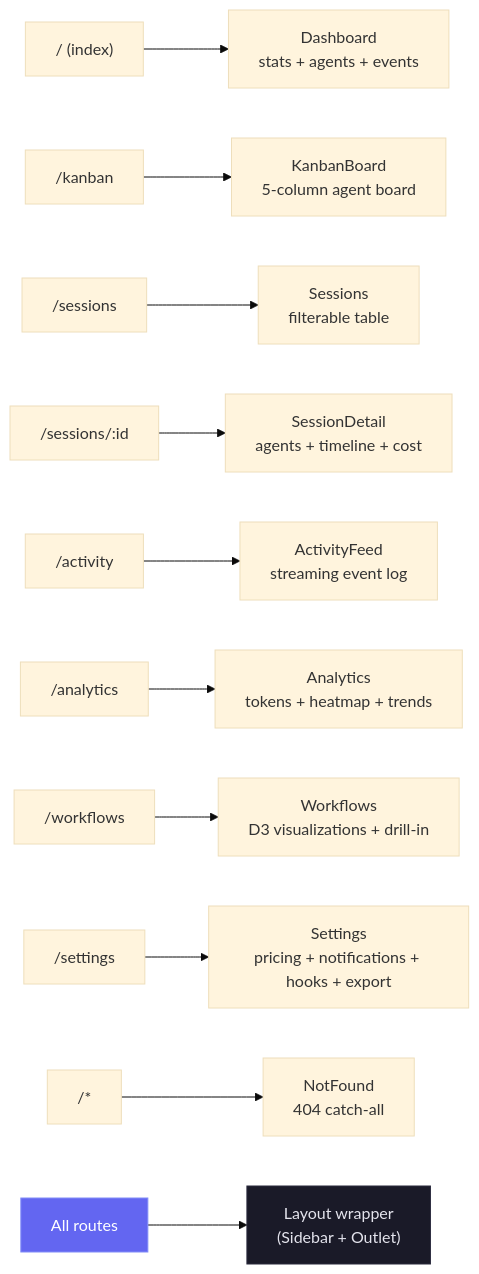
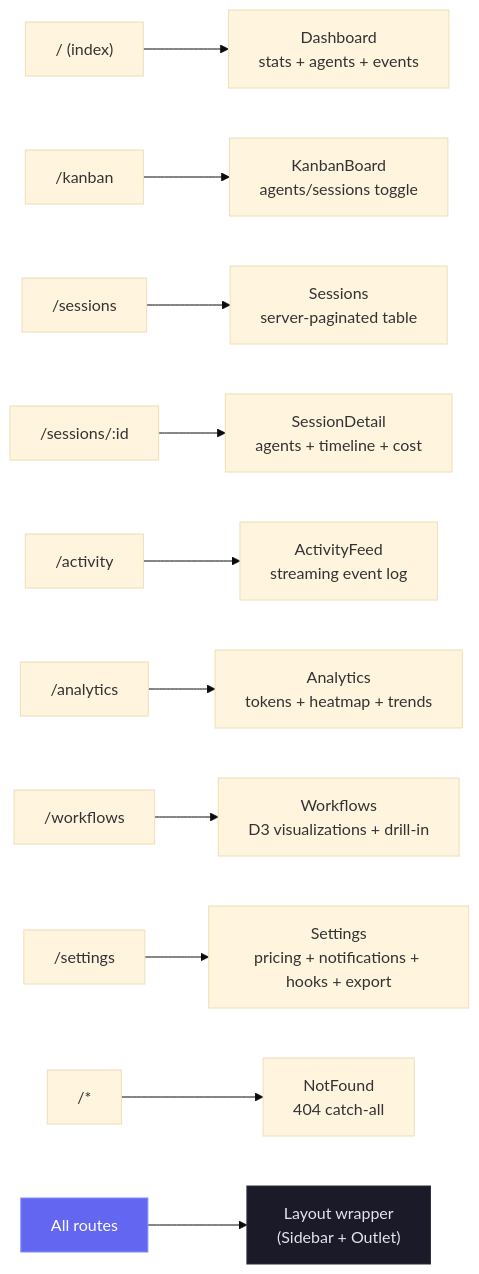
Diagram 17 of 21 in README.md (fadighattas100/Claude-Code-Agent-Monitor), drawn with Mermaid (base theme) before and after one commit. The commit also changed other lines of this file and 4 other files, not shown here.

Commit message:
docs(kanban): update docs and READMEs to detail agents/sessions toggle, server-side pagination, and search in Kanban and Sessions views

````diff
--- a/README.md
+++ b/README.md
@@ -1241,17 +1241,17 @@
 ```mermaid
 graph LR
     ROOT["/ (index)"] --> DASH["Dashboard<br/>stats + agents + events"]
-    K["/kanban"] --> KANBAN["KanbanBoard<br/>5-column agent board"]
-    S["/sessions"] --> SESS["Sessions<br/>filterable table"]
+    K["/kanban"] --> KANBAN["KanbanBoard<br/>agents/sessions toggle"]
+    S["/sessions"] --> SESS["Sessions<br/>server-paginated table"]
     D["/sessions/:id"] --> DETAIL["SessionDetail<br/>agents + timeline + cost"]
     A["/activity"] --> ACT["ActivityFeed<br/>streaming event log"]
     AN["/analytics"] --> ANALYTICS["Analytics<br/>tokens + heatmap + trends"]
     WF["/workflows"] --> WORKFLOWS["Workflows<br/>D3 visualizations + drill-in"]
     ST["/settings"] --> SETTINGS["Settings<br/>pricing + notifications + hooks + export"]
     NF["/*"] --> NOTFOUND["NotFound<br/>404 catch-all"]
 
     ALL["All routes"] --> LAYOUT["Layout wrapper<br/>(Sidebar + Outlet)"]
 
     style ALL fill:#6366f1,stroke:#818cf8,color:#fff
     style LAYOUT fill:#1a1a28,stroke:#2a2a3d,color:#e4e4ed
 ```
````
